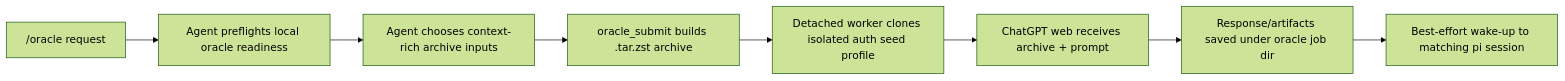
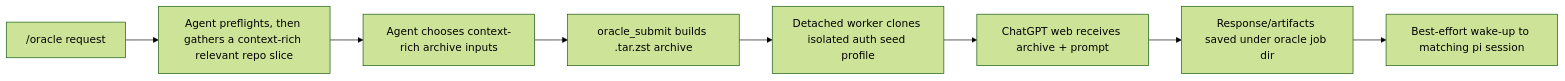
One commit to fitchmultz/pi-oracle changed the diagram in README.md. Above: the diagram before and after it, drawn with Mermaid (forest theme). The commit also changed other lines of this file and 10 other files, not shown here.

````diff
--- a/README.md
+++ b/README.md
@@ -135,10 +137,10 @@
 ```mermaid
 flowchart LR
-    A["/oracle request"] --> B["Agent preflights local oracle readiness"]
+    A["/oracle request"] --> B["Agent preflights, then gathers a context-rich relevant repo slice"]
     B --> C["Agent chooses context-rich archive inputs"]
     C --> D["oracle_submit builds .tar.zst archive"]
     D --> E["Detached worker clones isolated auth seed profile"]
     E --> F["ChatGPT web receives archive + prompt"]
     F --> G["Response/artifacts saved under oracle job dir"]
     G --> H["Best-effort wake-up to matching pi session"]
 ```
````
